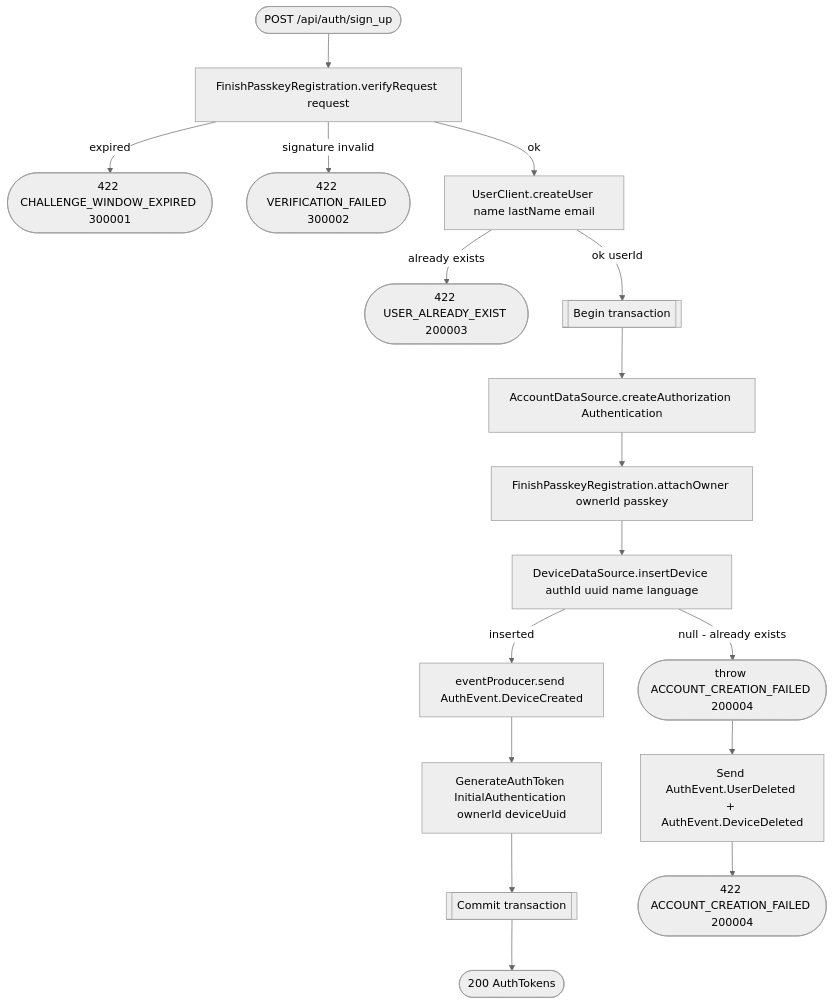
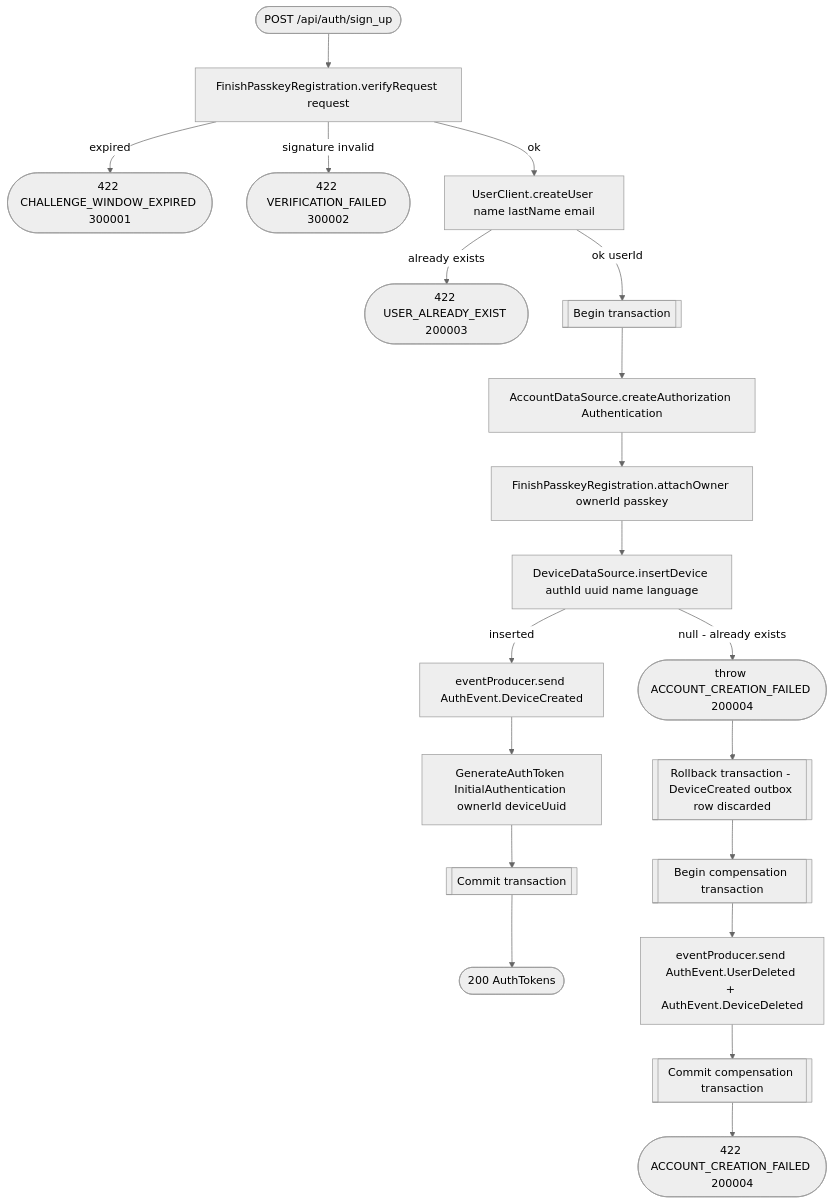
One commit to nocturneproperties/bookkme changed the diagram in docs/operations/authorization/sign-up.md. Above: the diagram before and after it, drawn with Mermaid (neutral theme). The commit also changed other lines of this file and 12 other files, not shown here.

Commit message:
[ISSUE-110] add outbox support for auth module

````diff
--- a/docs/operations/authorization/sign-up.md
+++ b/docs/operations/authorization/sign-up.md
@@ -13,19 +16,22 @@
 ```mermaid
 flowchart TD
     Start([POST /api/auth/sign_up]) --> Verify[FinishPasskeyRegistration.verifyRequest request]
     Verify -- expired --> R422a([422 CHALLENGE_WINDOW_EXPIRED 300001])
     Verify -- signature invalid --> R422b([422 VERIFICATION_FAILED 300002])
     Verify -- ok --> CreateUser[UserClient.createUser name lastName email]
     CreateUser -- already exists --> R422c([422 USER_ALREADY_EXIST 200003])
     CreateUser -- ok userId --> Tx[[Begin transaction]]
     Tx --> CreateAuth[AccountDataSource.createAuthorization Authentication]
     CreateAuth --> AttachOwner[FinishPasskeyRegistration.attachOwner ownerId passkey]
     AttachOwner --> InsertDevice[DeviceDataSource.insertDevice authId uuid name language]
     InsertDevice -- null - already exists --> Fail1([throw ACCOUNT_CREATION_FAILED 200004])
     InsertDevice -- inserted --> DeviceEvent[eventProducer.send AuthEvent.DeviceCreated]
     DeviceEvent --> GenToken[GenerateAuthToken InitialAuthentication ownerId deviceUuid]
     GenToken --> TxEnd[[Commit transaction]]
     TxEnd --> R200([200 AuthTokens])
-    Fail1 --> Compensate[Send AuthEvent.UserDeleted + AuthEvent.DeviceDeleted]
-    Compensate --> R422d([422 ACCOUNT_CREATION_FAILED 200004])
+    Fail1 --> Rollback[[Rollback transaction - DeviceCreated outbox row discarded]]
+    Rollback --> CompTx[[Begin compensation transaction]]
+    CompTx --> Compensate[eventProducer.send AuthEvent.UserDeleted + AuthEvent.DeviceDeleted]
+    Compensate --> CompEnd[[Commit compensation transaction]]
+    CompEnd --> R422d([422 ACCOUNT_CREATION_FAILED 200004])
 ```
````
